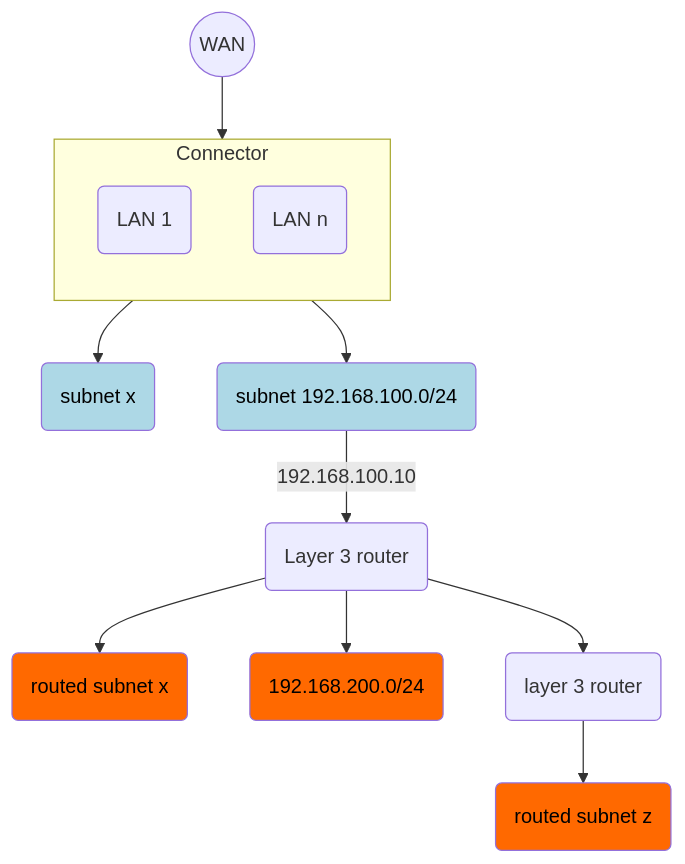
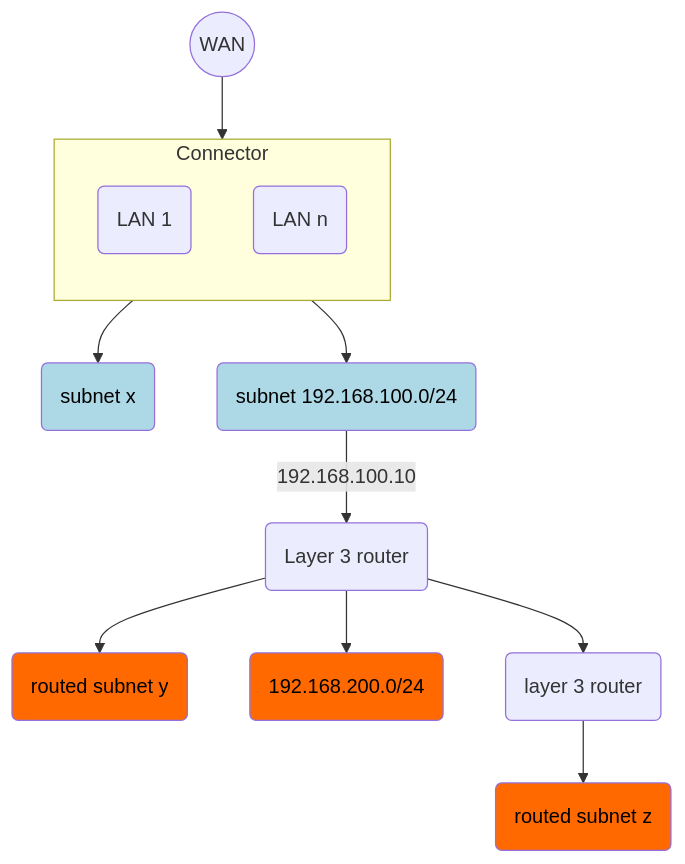
One commit to cloudflare/cloudflare-docs changed the diagram in content/magic-wan/configuration/connector/network-options/routed-subnets.md. Above: the diagram before and after it, drawn with Mermaid. The commit also changed other lines of this file, not shown here.

````diff
--- a/content/magic-wan/configuration/connector/network-options/routed-subnets.md
+++ b/content/magic-wan/configuration/connector/network-options/routed-subnets.md
@@ -16,26 +16,26 @@
 ```mermaid
 flowchart TB
 accTitle: Routed subnets
 accDescr: Some LANs are complex, and might have additional subnets behind L3 routers.
 
 a((WAN)) --> b
 
 subgraph b [Connector]
 direction TB
 c(LAN 1)
 d(LAN n)
 end
 
 c --> e(subnet x):::blue
 d --> f(subnet 192.168.100.0/24):::blue
 
 f-->|192.168.100.10|g(Layer 3 router)
 
-g --> h(routed subnet x):::red
+g --> h(routed subnet y):::red
 g --> i(192.168.200.0/24):::red
 g --> j(layer 3 router)
 j --> k(routed subnet z):::red
 
 classDef blue fill:#add8e6,color: black
 classDef red fill:#ff6900,color: black
 ```
````
